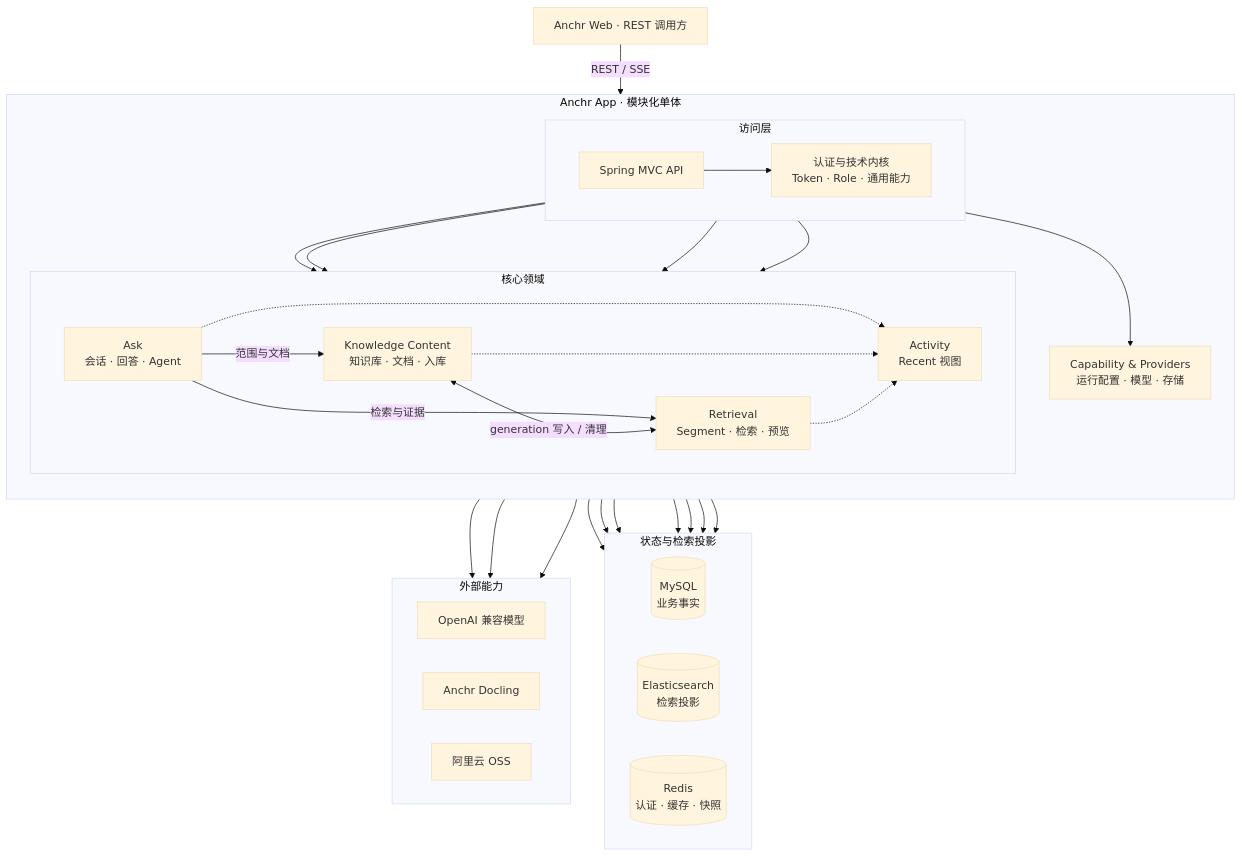
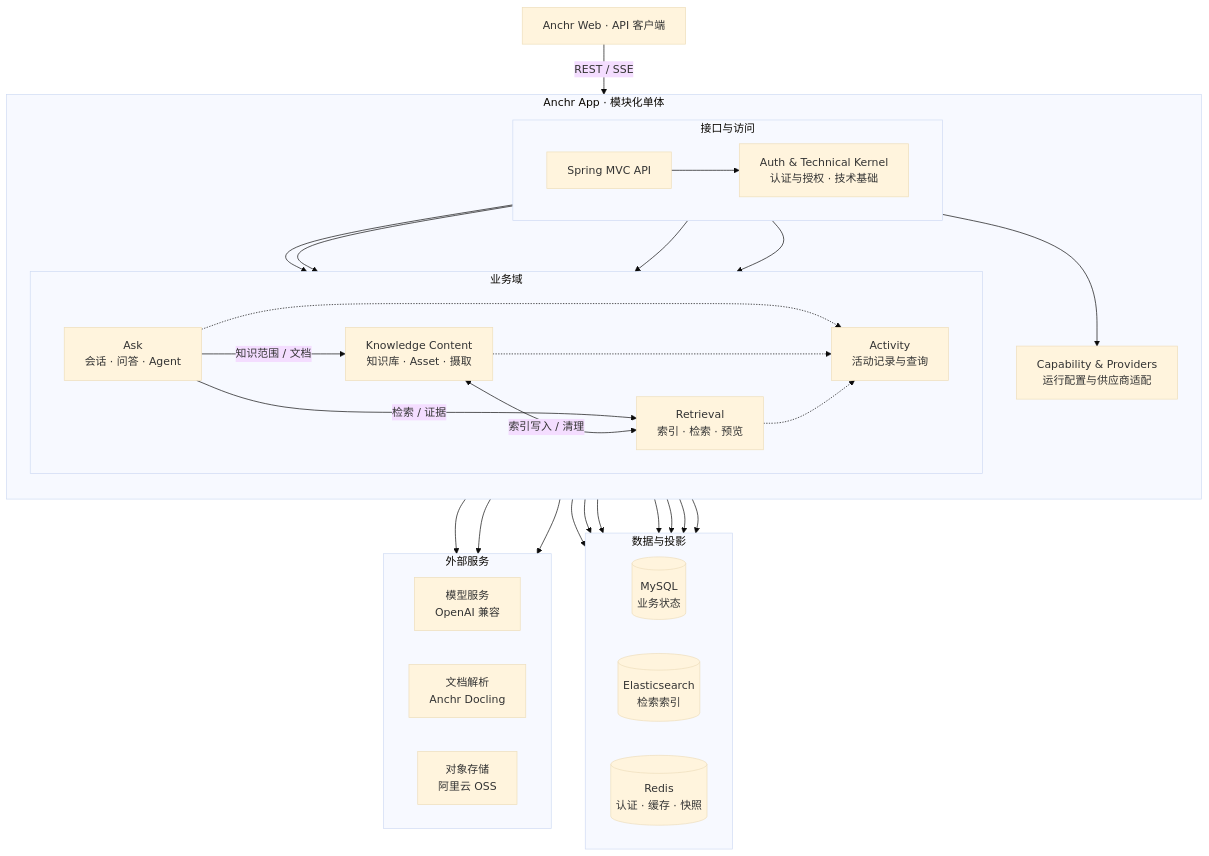
Before and after one commit to ryanmeowy/anchr-app: the diagram in docs/technical.zh-CN.md, drawn with Mermaid (base theme). The commit also changed other lines of this file and 2 other files, not shown here.

Commit message:
Clarifies architecture docs and project layout with consistent terms.

````diff
--- a/docs/technical.zh-CN.md
+++ b/docs/technical.zh-CN.md
@@ -69,55 +69,55 @@
 ```mermaid
 flowchart TB
-    CLIENT["Anchr Web · REST 调用方"] -->|"REST / SSE"| API
+    CLIENT["Anchr Web · API 客户端"] -->|"REST / SSE"| API
 
     subgraph APP["Anchr App · 模块化单体"]
         direction TB
 
-        subgraph ACCESS["访问层"]
+        subgraph ACCESS["接口与访问"]
             direction LR
             API["Spring MVC API"]
-            AUTH["认证与技术内核<br/>Token · Role · 通用能力"]
+            AUTH["Auth & Technical Kernel<br/>认证与授权 · 技术基础"]
         end
 
-        subgraph CORE["核心领域"]
+        subgraph CORE["业务域"]
             direction LR
-            ASK["Ask<br/>会话 · 回答 · Agent"]
-            KC["Knowledge Content<br/>知识库 · 文档 · 入库"]
-            RET["Retrieval<br/>Segment · 检索 · 预览"]
-            ACT["Activity<br/>Recent 视图"]
+            ASK["Ask<br/>会话 · 问答 · Agent"]
+            KC["Knowledge Content<br/>知识库 · Asset · 摄取"]
+            RET["Retrieval<br/>索引 · 检索 · 预览"]
+            ACT["Activity<br/>活动记录与查询"]
         end
 
-        CAP["Capability & Providers<br/>运行配置 · 模型 · 存储"]
+        CAP["Capability & Providers<br/>运行配置与供应商适配"]
     end
 
     API --> AUTH
     API --> ASK & KC & RET & ACT & CAP
 
-    ASK -->|"范围与文档"| KC
-    ASK -->|"检索与证据"| RET
-    KC <-->|"generation 写入 / 清理"| RET
+    ASK -->|"知识范围 / 文档"| KC
+    ASK -->|"检索 / 证据"| RET
+    KC <-->|"索引写入 / 清理"| RET
     ASK -.-> ACT
     KC -.-> ACT
     RET -.-> ACT
 
-    subgraph STATE["状态与检索投影"]
+    subgraph STATE["数据与投影"]
         direction LR
-        MYSQL[("MySQL<br/>业务事实")]
-        ES[("Elasticsearch<br/>检索投影")]
+        MYSQL[("MySQL<br/>业务状态")]
+        ES[("Elasticsearch<br/>检索索引")]
         REDIS[("Redis<br/>认证 · 缓存 · 快照")]
     end
 
     ASK & KC & ACT & CAP --> MYSQL
     RET --> ES
     AUTH & ASK --> REDIS
 
-    subgraph EXTERNAL["外部能力"]
+    subgraph EXTERNAL["外部服务"]
         direction LR
-        MODELS["OpenAI 兼容模型"]
-        DOCLING["Anchr Docling"]
-        OSS["阿里云 OSS"]
+        MODELS["模型服务<br/>OpenAI 兼容"]
+        DOCLING["文档解析<br/>Anchr Docling"]
+        OSS["对象存储<br/>阿里云 OSS"]
     end
 
     CAP --> MODELS
     KC --> DOCLING & OSS
 ```
````
